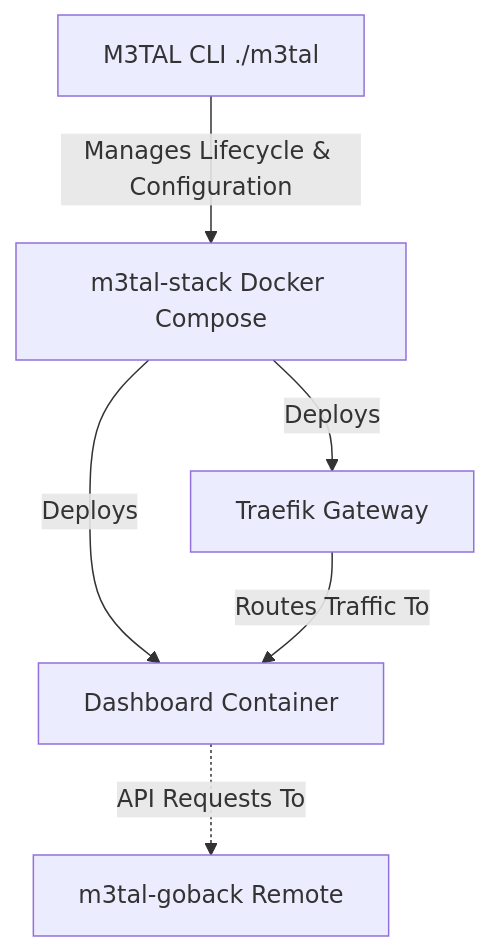
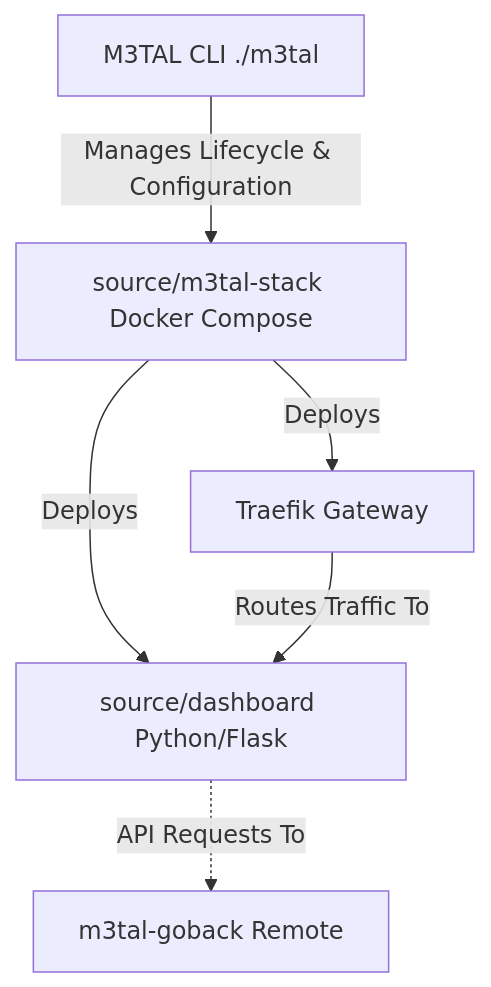
The diagram in README.md (jakej985-rgb/M3tal-Media-Server), drawn with Mermaid before and after one commit. The commit also changed other lines of this file and 1 other file, not shown here.

````diff
--- a/README.md
+++ b/README.md
@@ -24,8 +24,8 @@
 ```mermaid
 graph TD
-    A[M3TAL CLI ./m3tal] -->|Manages Lifecycle & Configuration| B[m3tal-stack Docker Compose]
+    A[M3TAL CLI ./m3tal] -->|Manages Lifecycle & Configuration| B[source/m3tal-stack Docker Compose]
     B -->|Deploys| C[Traefik Gateway]
-    B -->|Deploys| D[Dashboard Container]
+    B -->|Deploys| D[source/dashboard Python/Flask]
     C -->|Routes Traffic To| D
     D -.->|API Requests To| E[m3tal-goback Remote]
 ```
````
